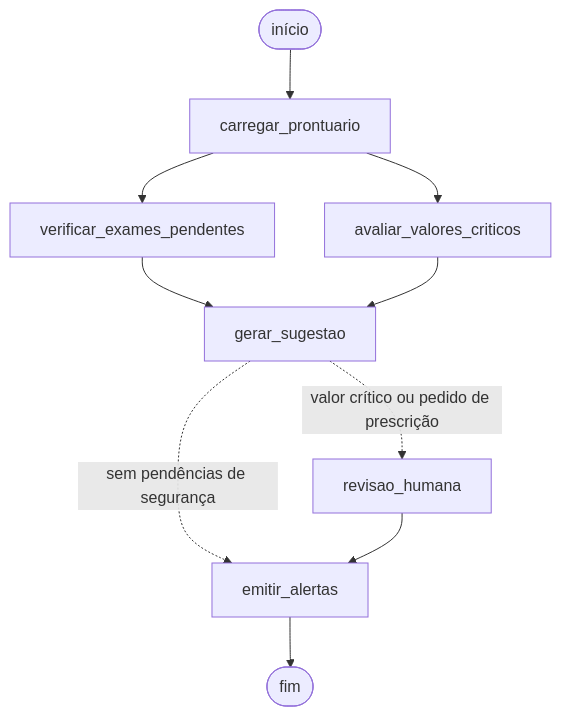
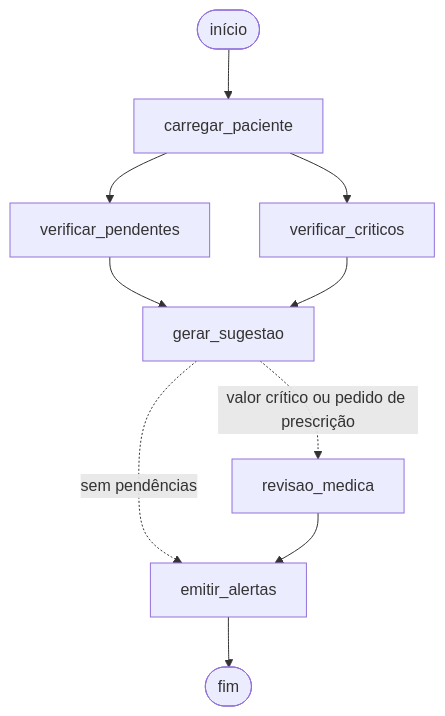
Before and after one commit to SamirGoes/tech-challenge-fiap-fase3: the diagram in README.md, drawn with Mermaid. The commit also changed other lines of this file and 50 other files, not shown here.

````diff
--- a/README.md
+++ b/README.md
@@ -34,12 +46,12 @@
 ```mermaid
 graph TD;
-    START([início]) --> carregar_prontuario;
-    carregar_prontuario --> verificar_exames_pendentes;
-    carregar_prontuario --> avaliar_valores_criticos;
-    verificar_exames_pendentes --> gerar_sugestao;
-    avaliar_valores_criticos --> gerar_sugestao;
-    gerar_sugestao -. "valor crítico ou pedido de prescrição" .-> revisao_humana;
-    gerar_sugestao -. "sem pendências de segurança" .-> emitir_alertas;
-    revisao_humana --> emitir_alertas;
-    emitir_alertas --> FIM([fim]);
+    inicio([início]) --> carregar_paciente;
+    carregar_paciente --> verificar_pendentes;
+    carregar_paciente --> verificar_criticos;
+    verificar_pendentes --> gerar_sugestao;
+    verificar_criticos --> gerar_sugestao;
+    gerar_sugestao -. "valor crítico ou pedido de prescrição" .-> revisao_medica;
+    gerar_sugestao -. "sem pendências" .-> emitir_alertas;
+    revisao_medica --> emitir_alertas;
+    emitir_alertas --> fim([fim]);
 ```
````
